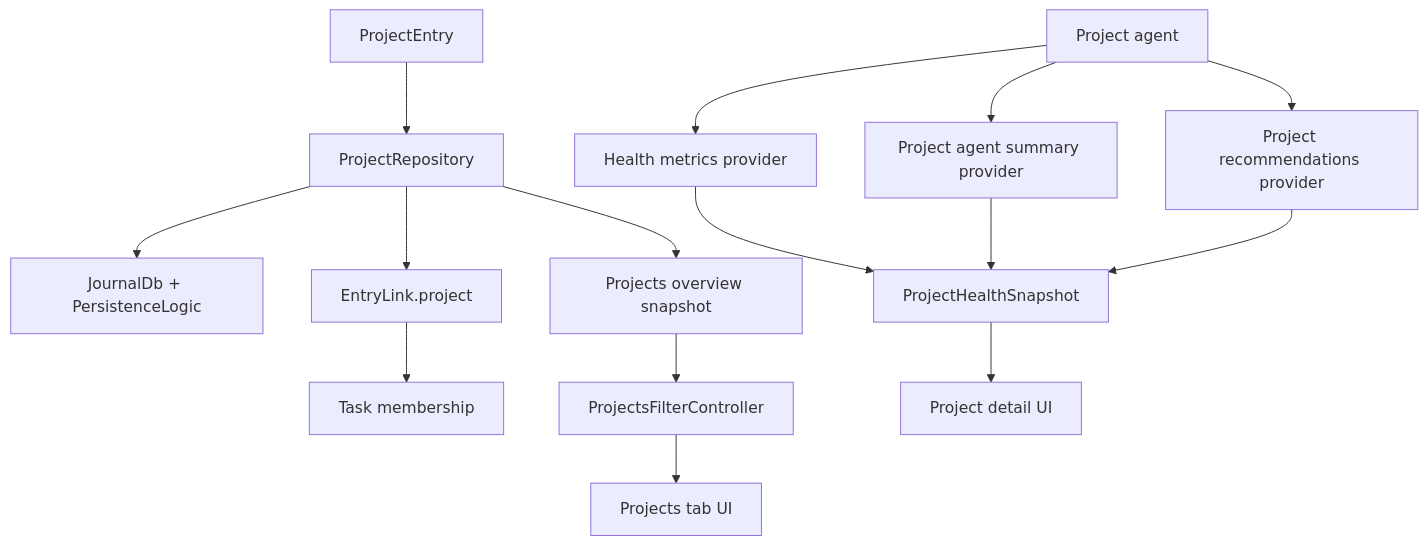
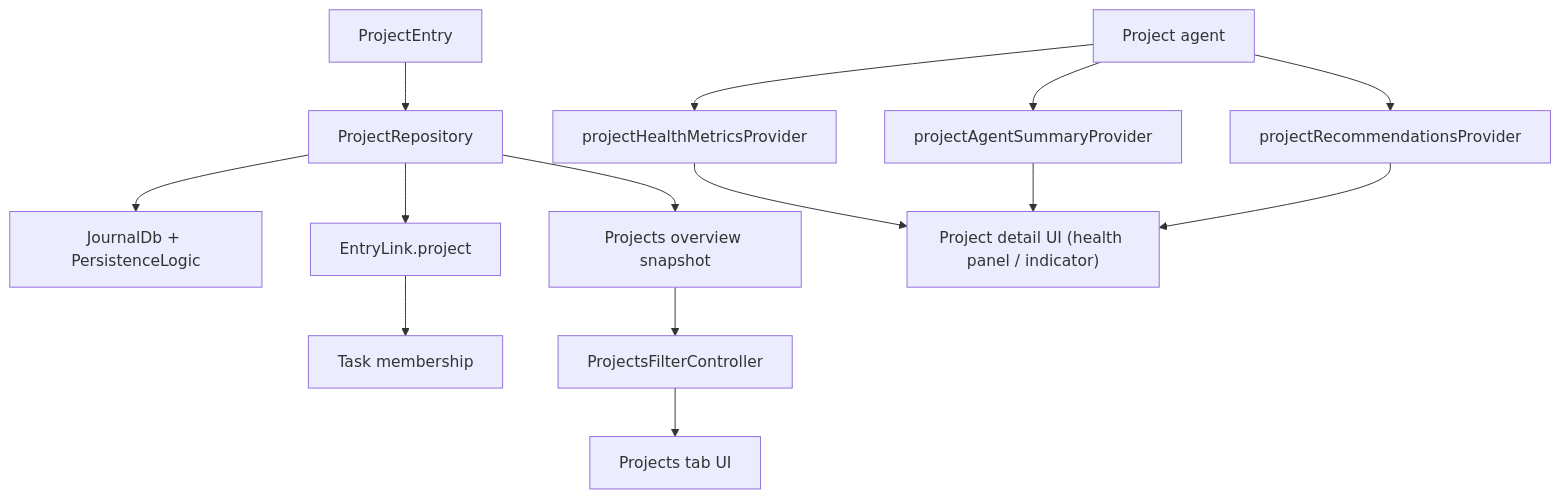
One commit to matthiasn/lotti changed the first of 6 diagrams in lib/features/projects/README.md. Above: the diagram before and after it, drawn with Mermaid. The commit also changed other lines of this file and 2 other files, not shown here.

First line of the commit message:
refactor(projects): remove unused project-health aggregation API

````diff
--- a/lib/features/projects/README.md
+++ b/lib/features/projects/README.md
@@ -33,19 +33,18 @@
 ```mermaid
 flowchart TD
   ProjectEntry["ProjectEntry"] --> Repo["ProjectRepository"]
   Repo --> Journal["JournalDb + PersistenceLogic"]
   Repo --> Links["EntryLink.project"]
   Links --> Tasks["Task membership"]
 
   Repo --> Overview["Projects overview snapshot"]
   Overview --> Filters["ProjectsFilterController"]
   Filters --> Tab["Projects tab UI"]
 
-  Agent["Project agent"] --> Health["Health metrics provider"]
-  Agent --> Summary["Project agent summary provider"]
-  Agent --> Recos["Project recommendations provider"]
-  Health --> Snapshot["ProjectHealthSnapshot"]
-  Summary --> Snapshot
-  Recos --> Snapshot
-  Snapshot --> Detail["Project detail UI"]
+  Agent["Project agent"] --> Health["projectHealthMetricsProvider"]
+  Agent --> Summary["projectAgentSummaryProvider"]
+  Agent --> Recos["projectRecommendationsProvider"]
+  Health --> Detail["Project detail UI (health panel / indicator)"]
+  Summary --> Detail
+  Recos --> Detail
 ```
````
